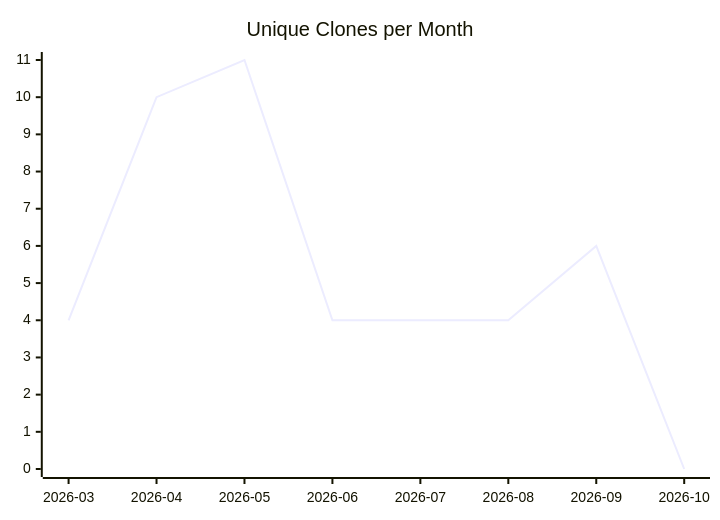
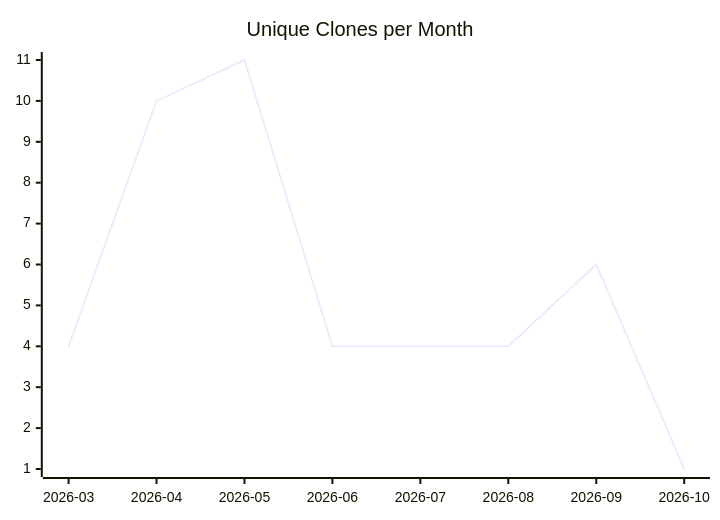
Before and after one commit to justdavis-family/github-analytics-data: the third of 3 diagrams in karlmdavis/workstation-base-ansible-role/README.md, drawn with Mermaid. The commit also changed other lines of this file and 200 other files, not shown here.

````diff
--- a/karlmdavis/workstation-base-ansible-role/README.md
+++ b/karlmdavis/workstation-base-ansible-role/README.md
@@ -19,6 +19,6 @@
 ```mermaid
 xychart-beta
   title "Unique Clones per Month"
   x-axis ["2026-03", "2026-04", "2026-05", "2026-06", "2026-07", "2026-08", "2026-09", "2026-10"]
-  line [4, 10, 11, 4, 4, 4, 6, 0]
+  line [4, 10, 11, 4, 4, 4, 6, 1]
 ```
````
